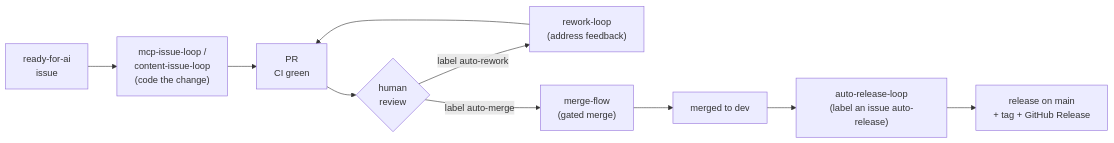
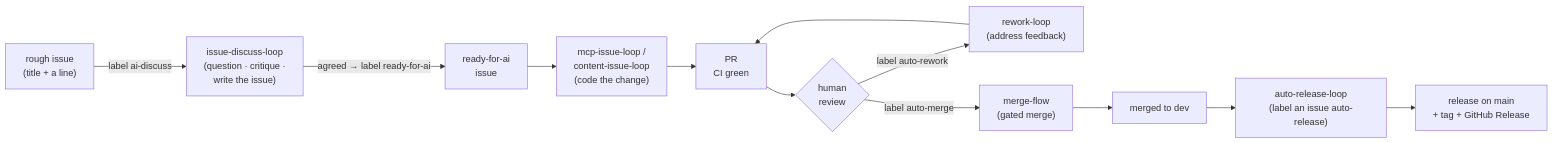
The first of 3 diagrams in docs/self-learning-system.md (hifi-phil/umbraco-mcp-ops), drawn with Mermaid before and after one commit. The commit also changed other lines of this file and 18 other files, not shown here.

First line of the commit message:
feat(discuss-loop): ai-discuss — talk an issue into shape before it's built (#52)

````diff
--- a/docs/self-learning-system.md
+++ b/docs/self-learning-system.md
@@ -12,12 +12,14 @@
 ```mermaid
 flowchart LR
+    STUB["rough issue<br/>(title + a line)"] -->|"label ai-discuss"| DISCUSS["issue-discuss-loop<br/>(question · critique ·<br/>write the issue)"]
+    DISCUSS -->|"agreed → label ready-for-ai"| ISSUE
     ISSUE["ready-for-ai<br/>issue"] --> CODE["mcp-issue-loop /<br/>content-issue-loop<br/>(code the change)"]
     CODE --> PR["PR<br/>CI green"]
     PR --> REVIEW{"human<br/>review"}
     REVIEW -->|"label auto-rework"| REWORK["rework-loop<br/>(address feedback)"]
     REWORK --> PR
     REVIEW -->|"label auto-merge"| MERGE["merge-flow<br/>(gated merge)"]
     MERGE --> MERGED["merged to dev"]
     MERGED --> REL["auto-release-loop<br/>(label an issue auto-release)"]
     REL --> SHIP["release on main<br/>+ tag + GitHub Release"]
 ```
````
